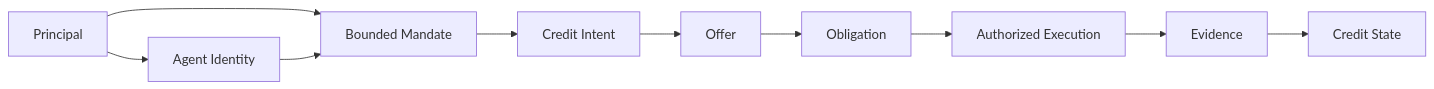
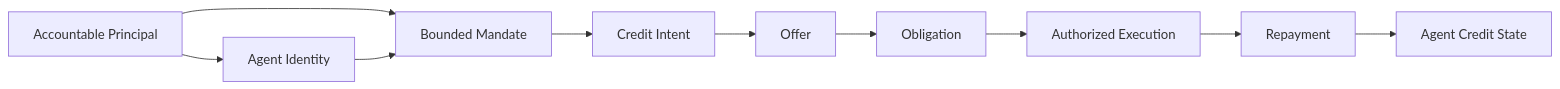
Before and after one commit to CPTM511/IPO.ONE: the third of 6 diagrams in README.md, drawn with Mermaid. The commit also changed other lines of this file and 13 other files, not shown here.

````diff
--- a/README.md
+++ b/README.md
@@ -116,22 +146,12 @@
 ```mermaid
 flowchart LR
-    Principal["Principal"]
-    AgentID["Agent Identity"]
-    Mandate["Bounded Mandate"]
-    Request["Credit Intent"]
-    Offer["Offer"]
-    Obligation["Obligation"]
-    Action["Authorized Execution"]
-    Evidence["Evidence"]
-    Reputation["Credit State"]
-
-    Principal --> AgentID
-    Principal --> Mandate
+    Principal["Accountable Principal"] --> AgentID["Agent Identity"]
+    Principal --> Mandate["Bounded Mandate"]
     AgentID --> Mandate
-    Mandate --> Request
-    Request --> Offer
-    Offer --> Obligation
-    Obligation --> Action
-    Action --> Evidence
-    Evidence --> Reputation
+    Mandate --> Intent["Credit Intent"]
+    Intent --> Offer["Offer"]
+    Offer --> Obligation["Obligation"]
+    Obligation --> Action["Authorized Execution"]
+    Action --> Repayment["Repayment"]
+    Repayment --> State["Agent Credit State"]
 ```
````
